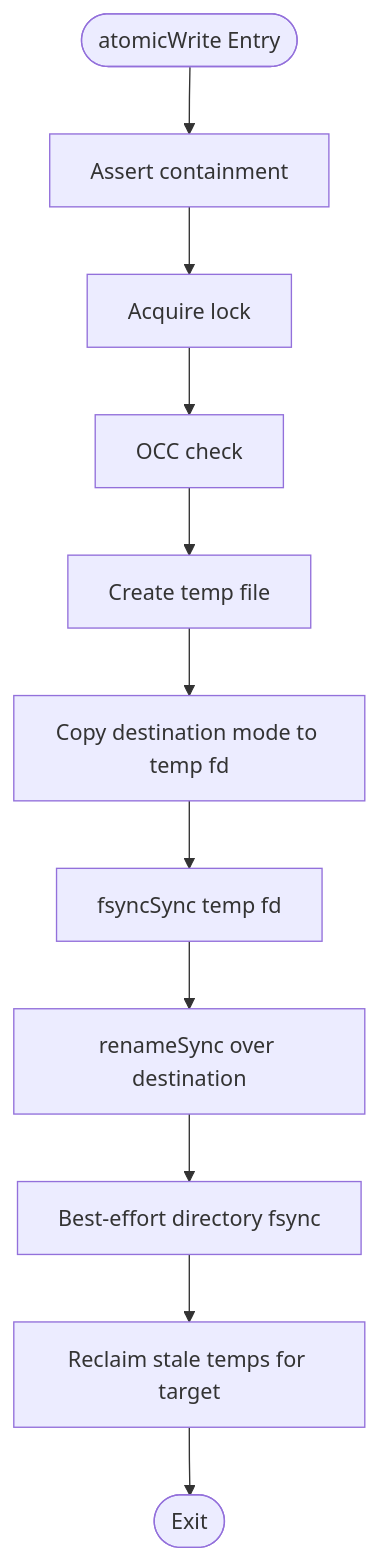
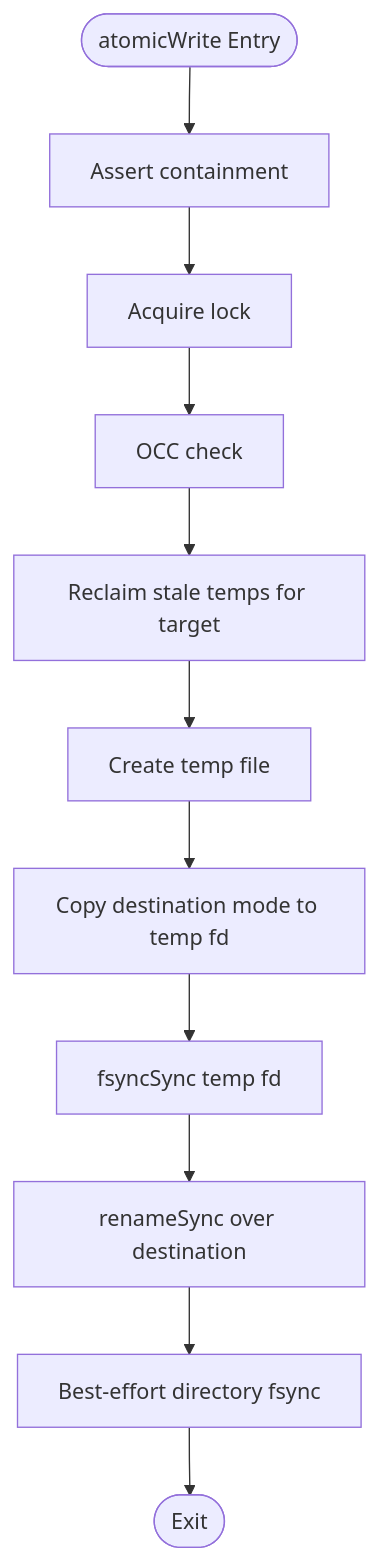
One commit to Kuldeep2822k/palee-architecture changed the sixth of 8 diagrams in Architecture Overview/Security and Concurrency Model.md. Above: the diagram before and after it, drawn with Mermaid. The commit also changed other lines of this file and 76 other files, not shown here.

````diff
--- a/Architecture Overview/Security and Concurrency Model.md
+++ b/Architecture Overview/Security and Concurrency Model.md
@@ -293,13 +236,13 @@
 ```mermaid
 flowchart TD
     Enter(["atomicWrite Entry"]) --> Contain["Assert containment"]
     Contain --> Lock["Acquire lock"]
     Lock --> Occ["OCC check"]
-    Occ --> Temp["Create temp file"]
+    Occ --> Cleanup["Reclaim stale temps for target"]
+    Cleanup --> Temp["Create temp file"]
     Temp --> Chmod["Copy destination mode to temp fd"]
     Chmod --> Fsync["fsyncSync temp fd"]
     Fsync --> Rename["renameSync over destination"]
     Rename --> DirFlush["Best-effort directory fsync"]
-    DirFlush --> Cleanup["Reclaim stale temps for target"]
-    Cleanup --> Exit(["Exit"])
+    DirFlush --> Exit(["Exit"])
 ```
````
